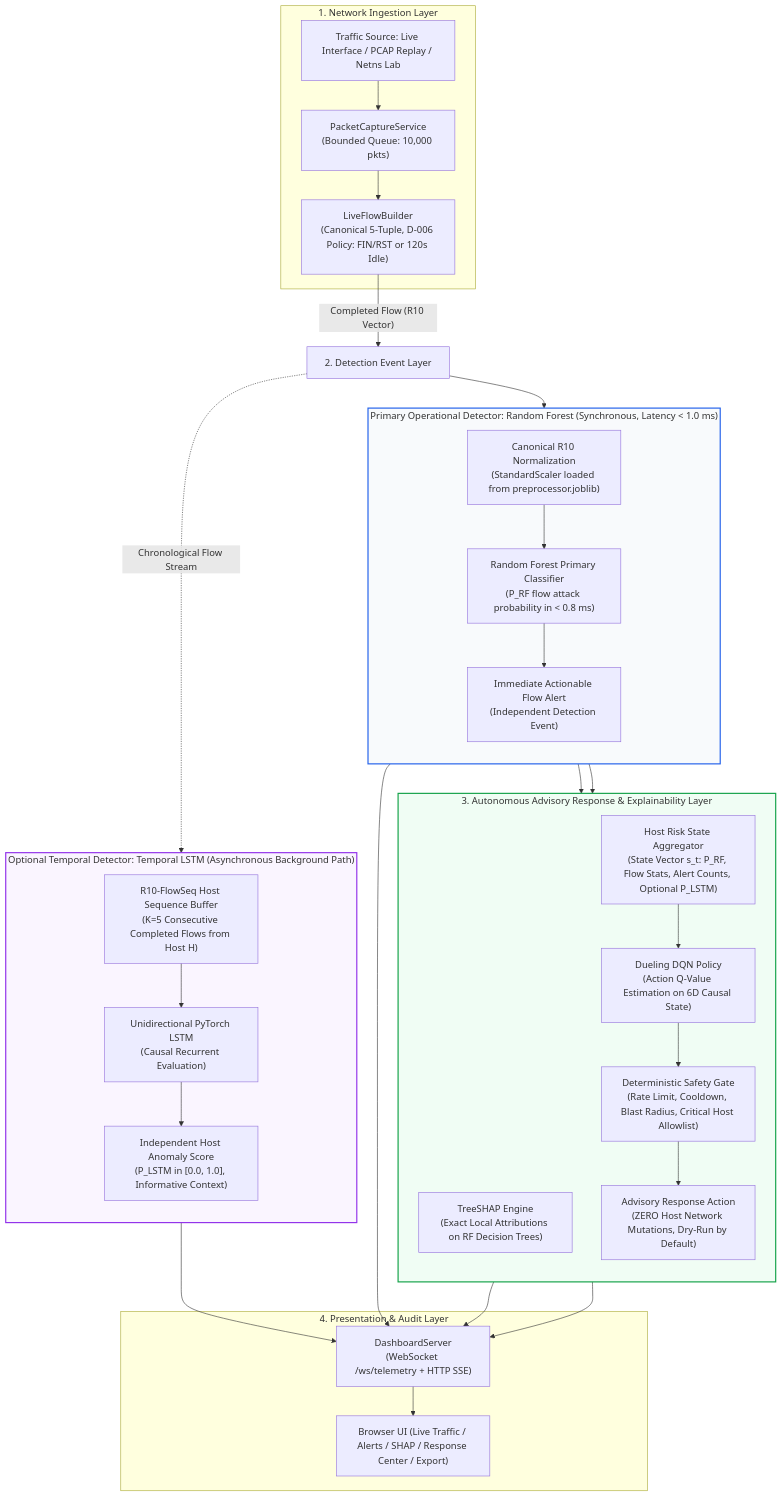
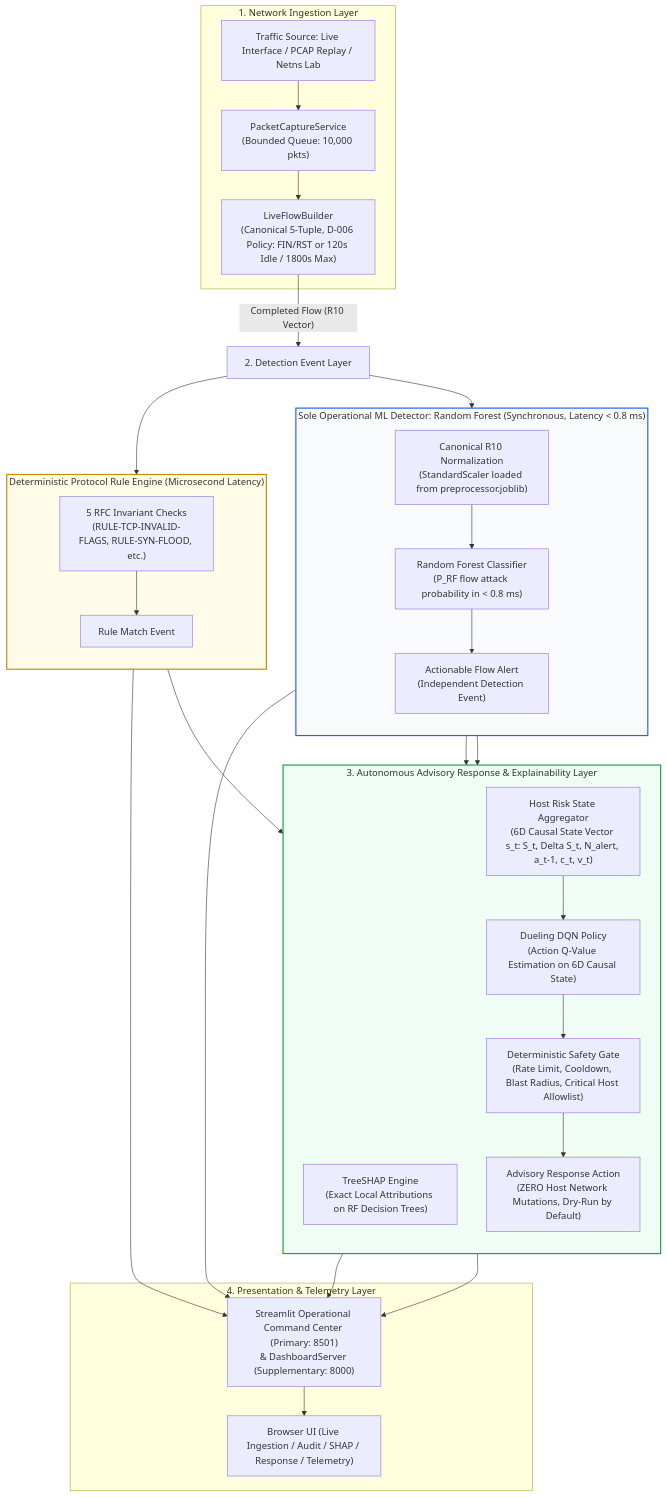
The first of 2 diagrams in docs/ARCHITECTURE.md (rishikeshgowdakk/fyp-xrlids), drawn with Mermaid before and after one commit. The commit also changed other lines of this file and 71 other files, not shown here.

````diff
--- a/docs/ARCHITECTURE.md
+++ b/docs/ARCHITECTURE.md
@@ -63,42 +64,41 @@
 ```mermaid
 flowchart TD
     subgraph INGESTION["1. Network Ingestion Layer"]
         A1["Traffic Source: Live Interface / PCAP Replay / Netns Lab"] --> A2["PacketCaptureService\n(Bounded Queue: 10,000 pkts)"]
-        A2 --> A3["LiveFlowBuilder\n(Canonical 5-Tuple, D-006 Policy: FIN/RST or 120s Idle)"]
+        A2 --> A3["LiveFlowBuilder\n(Canonical 5-Tuple, D-006 Policy: FIN/RST or 120s Idle / 1800s Max)"]
     end
 
     A3 -->|"Completed Flow (R10 Vector)"| DETECT["2. Detection Event Layer"]
 
-    subgraph FAST["Primary Operational Detector: Random Forest (Synchronous, Latency < 1.0 ms)"]
+    subgraph FAST["Sole Operational ML Detector: Random Forest (Synchronous, Latency < 0.8 ms)"]
         direction TB
-        F1["Canonical R10 Normalization\n(StandardScaler loaded from preprocessor.joblib)"] --> F2["Random Forest Primary Classifier\n(P_RF flow attack probability in < 0.8 ms)"]
-        F2 --> F3["Immediate Actionable Flow Alert\n(Independent Detection Event)"]
+        F1["Canonical R10 Normalization\n(StandardScaler loaded from preprocessor.joblib)"] --> F2["Random Forest Classifier\n(P_RF flow attack probability in < 0.8 ms)"]
+        F2 --> F3["Actionable Flow Alert\n(Independent Detection Event)"]
     end
 
-    subgraph SLOW["Optional Temporal Detector: Temporal LSTM (Asynchronous Background Path)"]
+    subgraph RULES["Deterministic Protocol Rule Engine (Microsecond Latency)"]
         direction TB
-        S1["R10-FlowSeq Host Sequence Buffer\n(K=5 Consecutive Completed Flows from Host H)"] --> S2["Unidirectional PyTorch LSTM\n(Causal Recurrent Evaluation)"]
-        S2 --> S3["Independent Host Anomaly Score\n(P_LSTM in [0.0, 1.0], Informative Context)"]
+        R_RULE["5 RFC Invariant Checks\n(RULE-TCP-INVALID-FLAGS, RULE-SYN-FLOOD, etc.)"] --> R_EV["Rule Match Event"]
     end
 
     DETECT --> FAST
-    DETECT -.->|"Chronological Flow Stream"| SLOW
+    DETECT --> RULES
 
     subgraph ADVISORY["3. Autonomous Advisory Response & Explainability Layer"]
         direction TB
         F3 --> R1["TreeSHAP Engine\n(Exact Local Attributions on RF Decision Trees)"]
-        F3 --> R2["Host Risk State Aggregator\n(State Vector s_t: P_RF, Flow Stats, Alert Counts, Optional P_LSTM)"]
+        F3 & R_EV --> R2["Host Risk State Aggregator\n(6D Causal State Vector s_t: S_t, Delta S_t, N_alert, a_t-1, c_t, v_t)"]
         R2 --> R3["Dueling DQN Policy\n(Action Q-Value Estimation on 6D Causal State)"]
         R3 --> R4["Deterministic Safety Gate\n(Rate Limit, Cooldown, Blast Radius, Critical Host Allowlist)"]
         R4 --> R5["Advisory Response Action\n(ZERO Host Network Mutations, Dry-Run by Default)"]
     end
 
-    subgraph UI["4. Presentation & Audit Layer"]
-        F3 & S3 & R1 & R5 --> D1["DashboardServer\n(WebSocket /ws/telemetry + HTTP SSE)"]
-        D1 --> D2["Browser UI (Live Traffic / Alerts / SHAP / Response Center / Export)"]
+    subgraph UI["4. Presentation & Telemetry Layer"]
+        F3 & R_EV & R1 & R5 --> D1["Streamlit Operational Command Center (Primary: 8501)\n& DashboardServer (Supplementary: 8000)"]
+        D1 --> D2["Browser UI (Live Ingestion / Audit / SHAP / Response / Telemetry)"]
     end
 
     style FAST fill:#f8fafc,stroke:#2563eb,stroke-width:2px
-    style SLOW fill:#faf5ff,stroke:#9333ea,stroke-width:2px
+    style RULES fill:#fefce8,stroke:#ca8a04,stroke-width:2px
     style ADVISORY fill:#f0fdf4,stroke:#16a34a,stroke-width:2px
 ```
````
